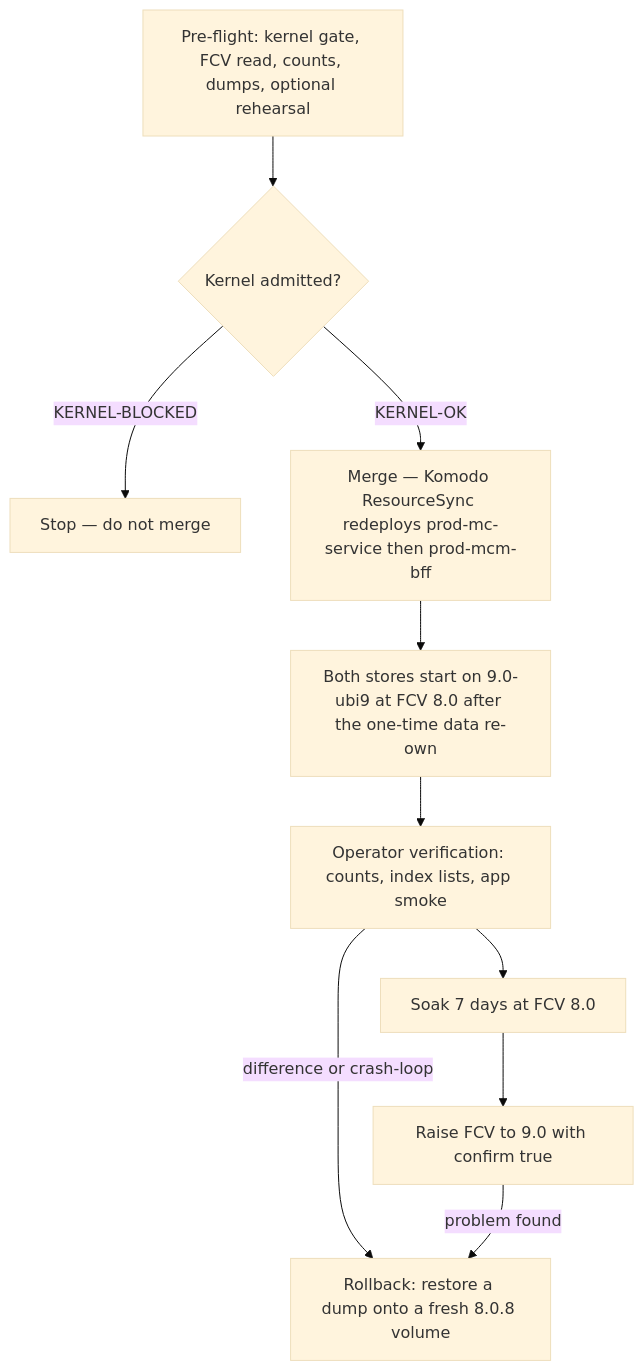
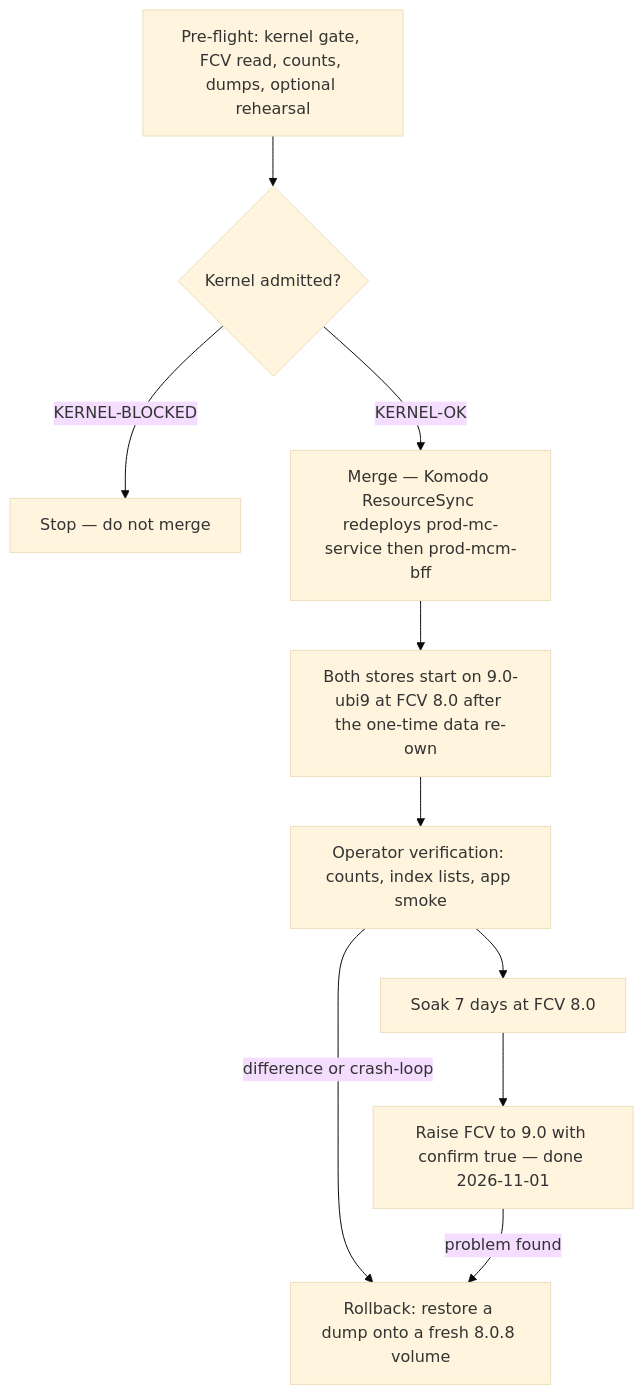
Before and after one commit to jumbleknot/MovieCollectionManager: the diagram in openwiki/runbooks/prod-data-tier-auth.md, drawn with Mermaid (base theme). The commit also changed other lines of this file and 55 other files, not shown here.

````diff
--- a/openwiki/runbooks/prod-data-tier-auth.md
+++ b/openwiki/runbooks/prod-data-tier-auth.md
@@ -173,12 +177,12 @@
 ```mermaid
 flowchart TD
   Pre["Pre-flight: kernel gate, FCV read, counts, dumps, optional rehearsal"] --> Gate{"Kernel admitted?"}
   Gate -->|"KERNEL-BLOCKED"| Stop["Stop — do not merge"]
   Gate -->|"KERNEL-OK"| Merge["Merge — Komodo ResourceSync redeploys prod-mc-service then prod-mcm-bff"]
   Merge --> Up["Both stores start on 9.0-ubi9 at FCV 8.0 after the one-time data re-own"]
   Up --> Verify["Operator verification: counts, index lists, app smoke"]
   Verify -->|"difference or crash-loop"| Rb["Rollback: restore a dump onto a fresh 8.0.8 volume"]
   Verify --> Soak["Soak 7 days at FCV 8.0"]
-  Soak --> Raise["Raise FCV to 9.0 with confirm true"]
+  Soak --> Raise["Raise FCV to 9.0 with confirm true — done 2026-11-01"]
   Raise -->|"problem found"| Rb
 ```
````
